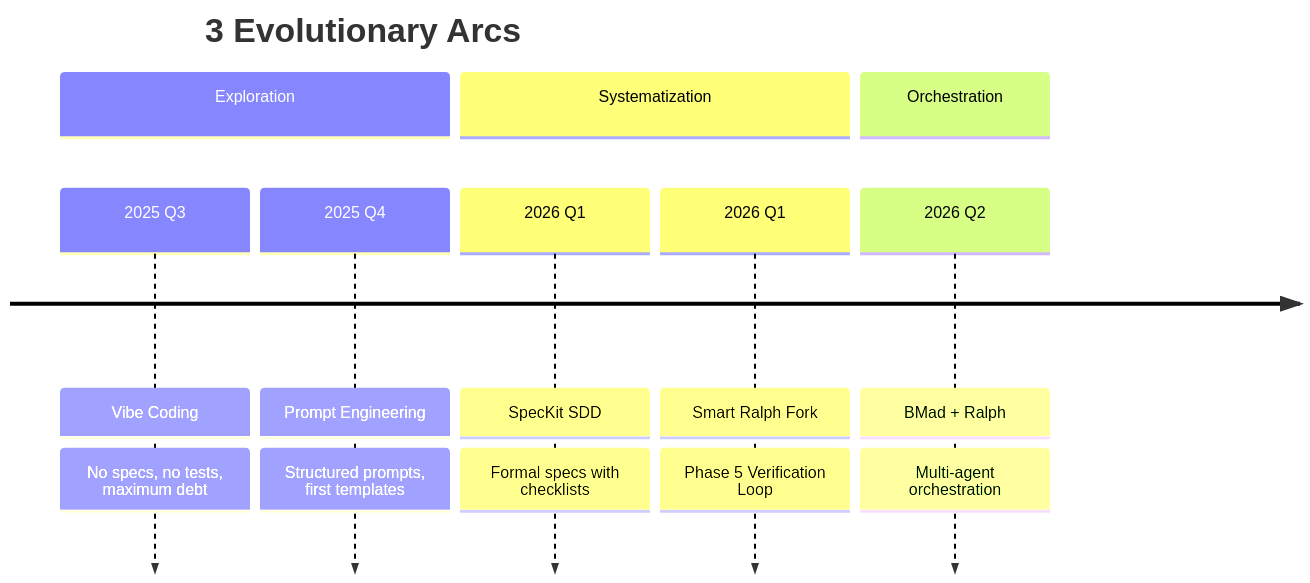
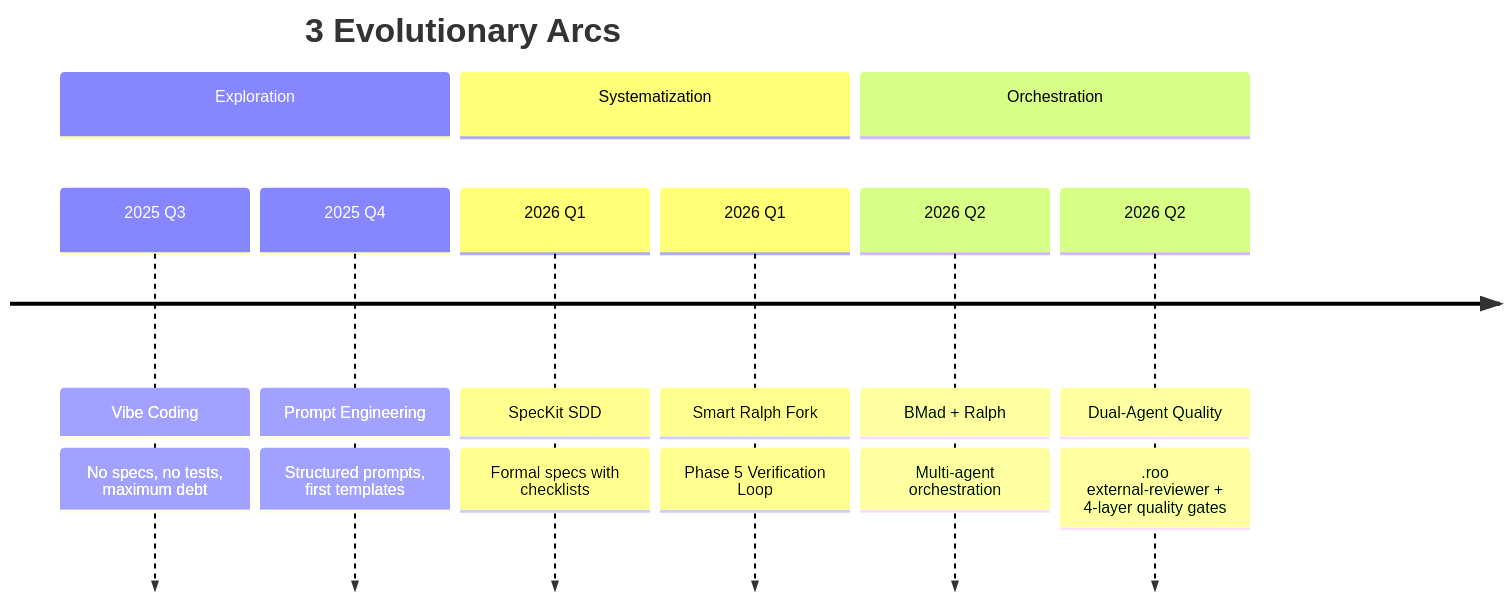
One commit to informatico-madrid/ha-ev-trip-planner changed the first of 2 diagrams in _ai/PORTFOLIO.md. Above: the diagram before and after it, drawn with Mermaid. The commit also changed other lines of this file and 6 other files, not shown here.

Commit message:
docs: actualizar ROADMAP y TODO con próximos pasos y resultados de M4.0.3; mejorar PORTFOLIO y AI Development Lab con detalles de calidad dual

````diff
--- a/_ai/PORTFOLIO.md
+++ b/_ai/PORTFOLIO.md
@@ -75,12 +75,13 @@
 ```mermaid
 timeline
     title 3 Evolutionary Arcs
     section Exploration
         2025 Q3 : Vibe Coding : No specs, no tests, maximum debt
         2025 Q4 : Prompt Engineering : Structured prompts, first templates
     section Systematization
         2026 Q1 : SpecKit SDD : Formal specs with checklists
         2026 Q1 : Smart Ralph Fork : Phase 5 Verification Loop
     section Orchestration
         2026 Q2 : BMad + Ralph : Multi-agent orchestration
+        2026 Q2 : Dual-Agent Quality : .roo external-reviewer + 4-layer quality gates
 ```
````
